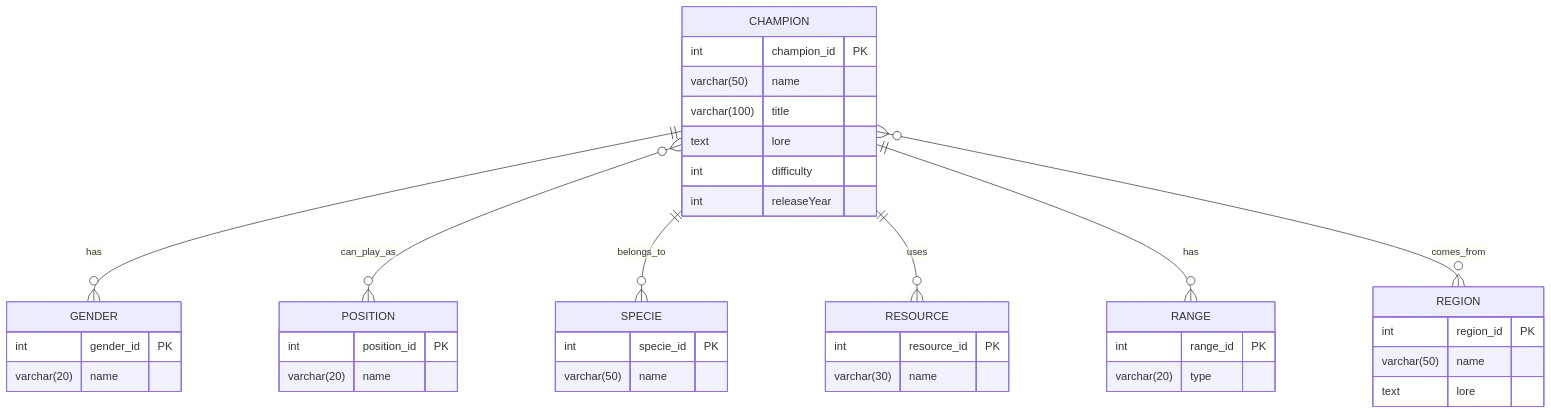
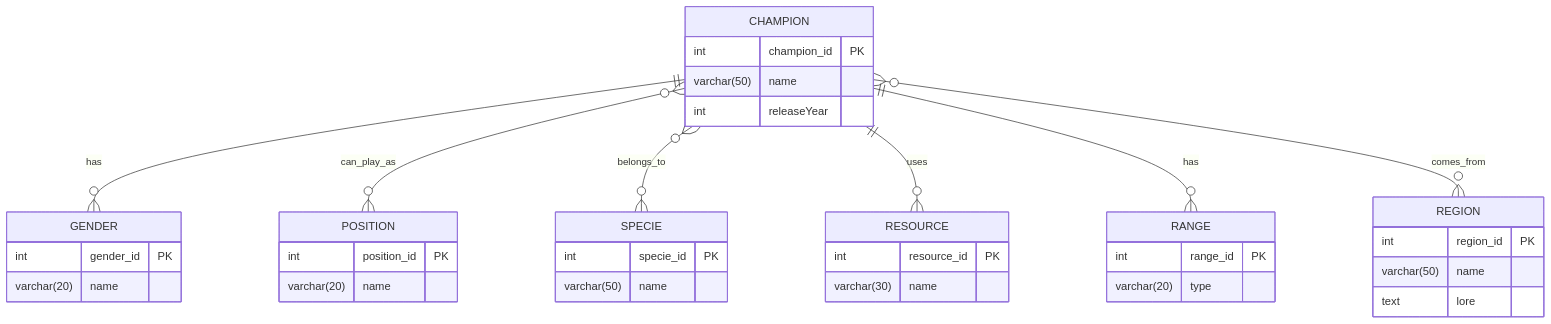
Before and after one commit to osman699/BTS2-CIEL-IR-MCD-2024-2025: the diagram in TP_integration_MCD.md, drawn with Mermaid. The commit also changed other lines of this file, not shown here.

````diff
--- a/TP_integration_MCD.md
+++ b/TP_integration_MCD.md
@@ -57,43 +59,40 @@
 ```mermaid
 erDiagram
     CHAMPION {
         int champion_id PK
         varchar(50) name
-        varchar(100) title
-        text lore
-        int difficulty
         int releaseYear
     }
     GENDER {
         int gender_id PK
         varchar(20) name
     }
     POSITION {
         int position_id PK
         varchar(20) name
     }
     SPECIE {
         int specie_id PK
         varchar(50) name
     }
     RESOURCE {
         int resource_id PK
         varchar(30) name
     }
     RANGE {
         int range_id PK
         varchar(20) type
     }
     REGION {
         int region_id PK
         varchar(50) name
         text lore
     }
 
     CHAMPION ||--o{ GENDER : "has"
     CHAMPION }o--o{ POSITION : "can_play_as"
-    CHAMPION ||--o{ SPECIE : "belongs_to"
+    CHAMPION }o--o{ SPECIE : "belongs_to"
     CHAMPION ||--o{ RESOURCE : "uses"
     CHAMPION ||--o{ RANGE : "has"
     CHAMPION }o--o{ REGION : "comes_from"
 ```
````
